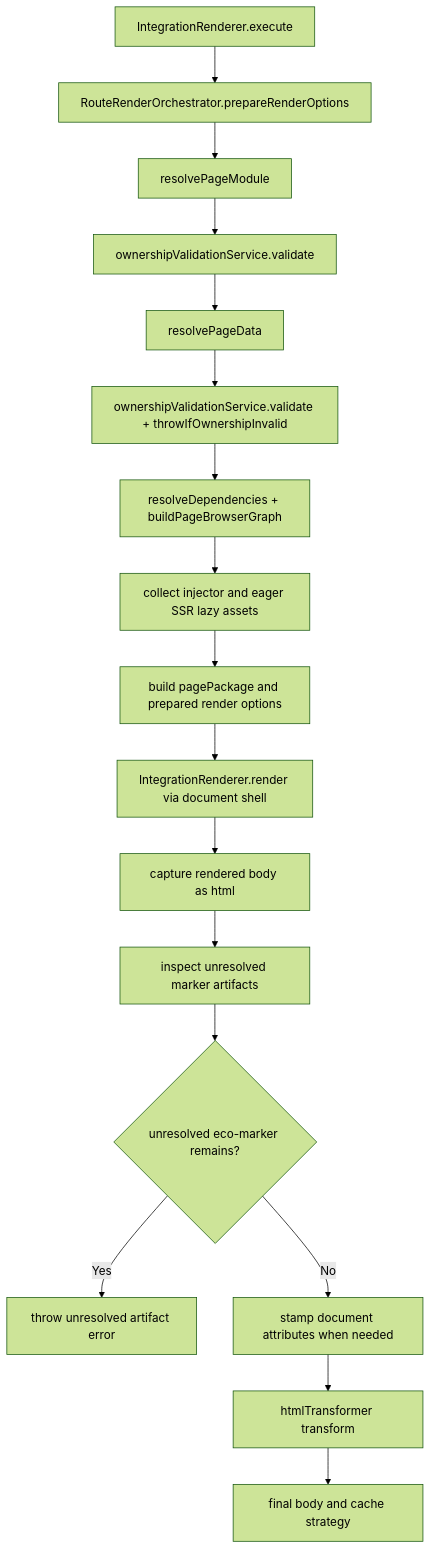
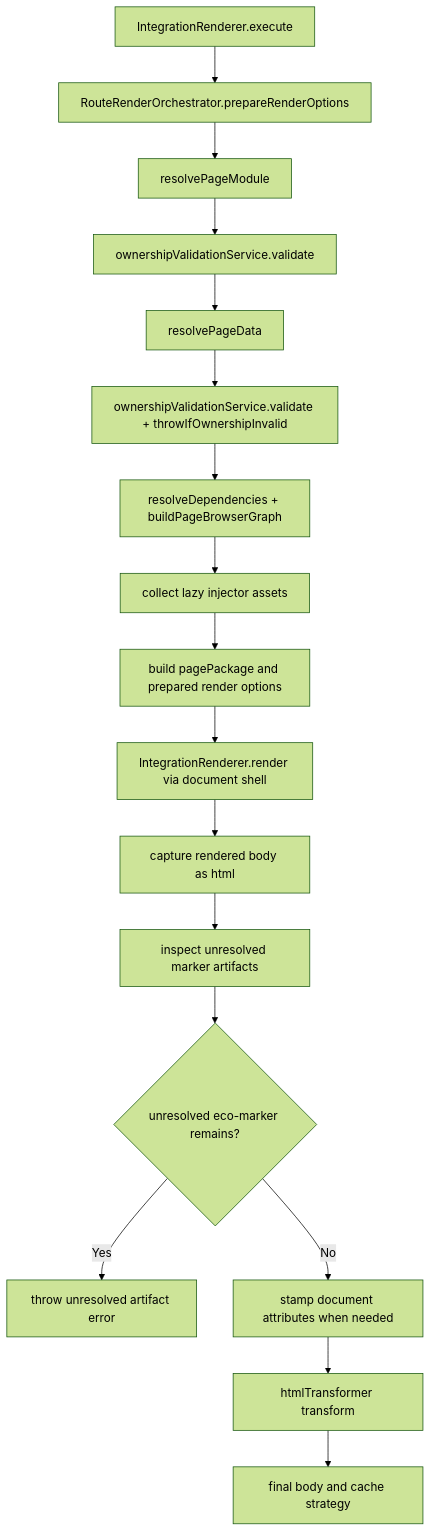
One commit to ecopages/ecopages changed the second of 5 diagrams in packages/core/src/route-renderer/GRAPH.md. Above: the diagram before and after it, drawn with Mermaid (forest theme). The commit also changed 46 other files, not shown here.

````diff
--- a/packages/core/src/route-renderer/GRAPH.md
+++ b/packages/core/src/route-renderer/GRAPH.md
@@ -38,19 +38,19 @@
 ```mermaid
 flowchart TD
   A[IntegrationRenderer.execute] --> B[RouteRenderOrchestrator.prepareRenderOptions]
   B --> C[resolvePageModule]
   C --> D[ownershipValidationService.validate]
   D --> E[resolvePageData]
   E --> F[ownershipValidationService.validate + throwIfOwnershipInvalid]
   F --> G[resolveDependencies + buildPageBrowserGraph]
-  G --> H[collect injector and eager SSR lazy assets]
+  G --> H[collect lazy injector assets]
   H --> I[build pagePackage and prepared render options]
   I --> J[IntegrationRenderer.render via document shell]
   J --> K[capture rendered body as html]
   K --> L[inspect unresolved marker artifacts]
   L --> M{unresolved eco-marker remains?}
   M -- Yes --> N[throw unresolved artifact error]
   M -- No --> O[stamp document attributes when needed]
   O --> P[htmlTransformer transform]
   P --> Q[final body and cache strategy]
 ```
````
